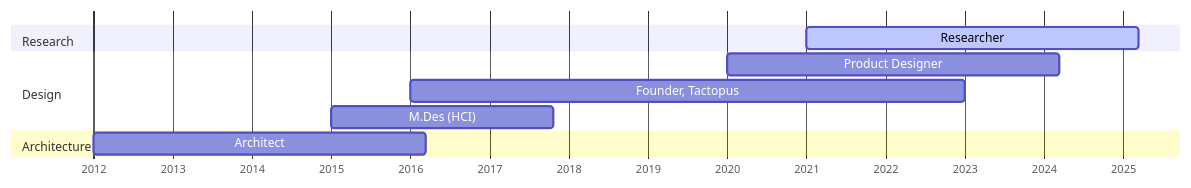
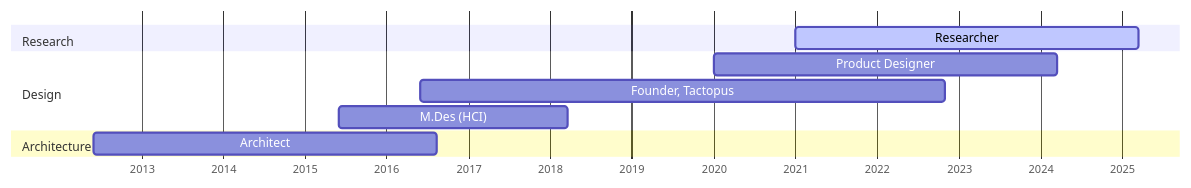
One commit to dialectic-lab/C-drive changed the diagram in content/index.md. Above: the diagram before and after it, drawn with Mermaid. The commit also changed other lines of this file and 5 other files, not shown here.

````diff
--- a/content/index.md
+++ b/content/index.md
@@ -16,15 +16,15 @@
 ```mermaid
 	gantt
-    dateFormat  YYYY
+    dateFormat  YYYY-MM
     axisFormat %Y
     excludes    weekends
     todayMarker stroke-width:2px,stroke:#0f0,opacity:0.5
     section Research
-        Researcher         :active, 2021, 2024
+        Researcher         :active, 2021-01, 2024-01
     section Design
-        Product Designer   :2020, 2023
-	    Founder, Tactopus  :2016, 2021
-        M.Des (HCI)        :2015, 2017
+        Product Designer   :2020-01, 2023-01
+	    Founder, Tactopus  :2016-06, 2021-01
+        M.Des (HCI)        :after a1, 2015-06, 2017-06
     section Architecture
-	    Architect         :2012, 2015
+	    Architect         :a1, 2012-06, 2015-06
 ```
````
